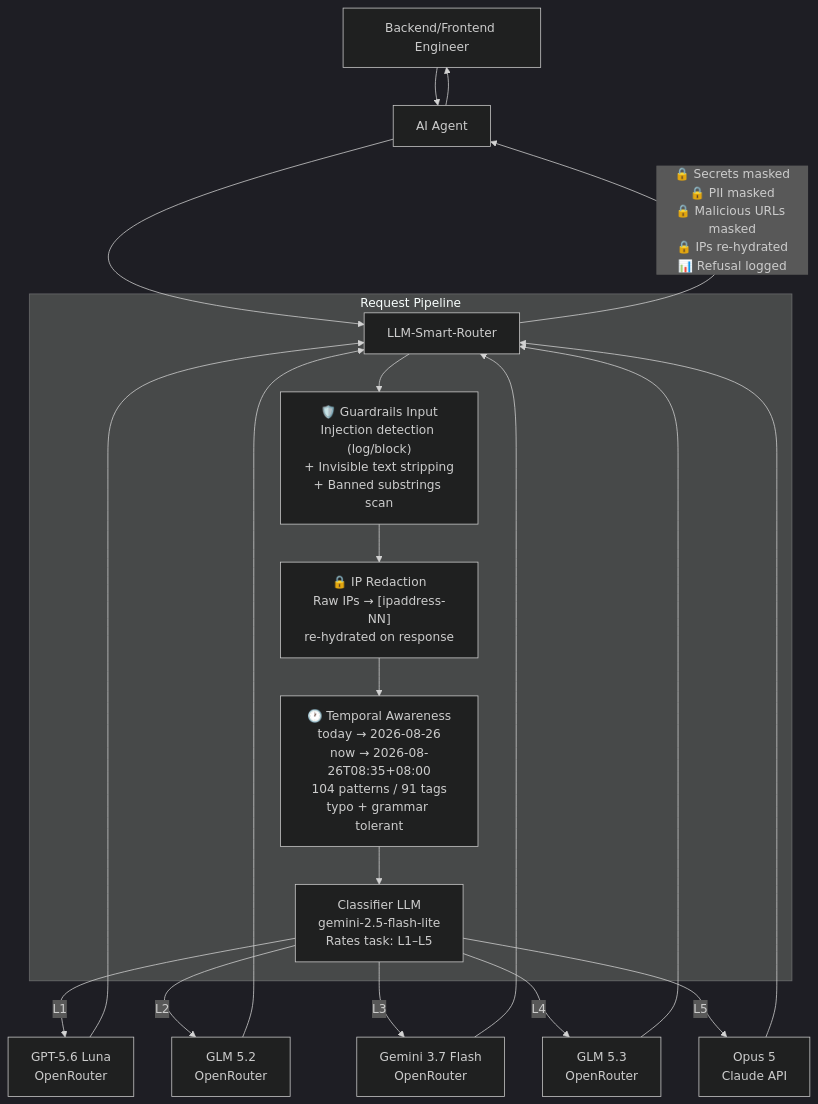
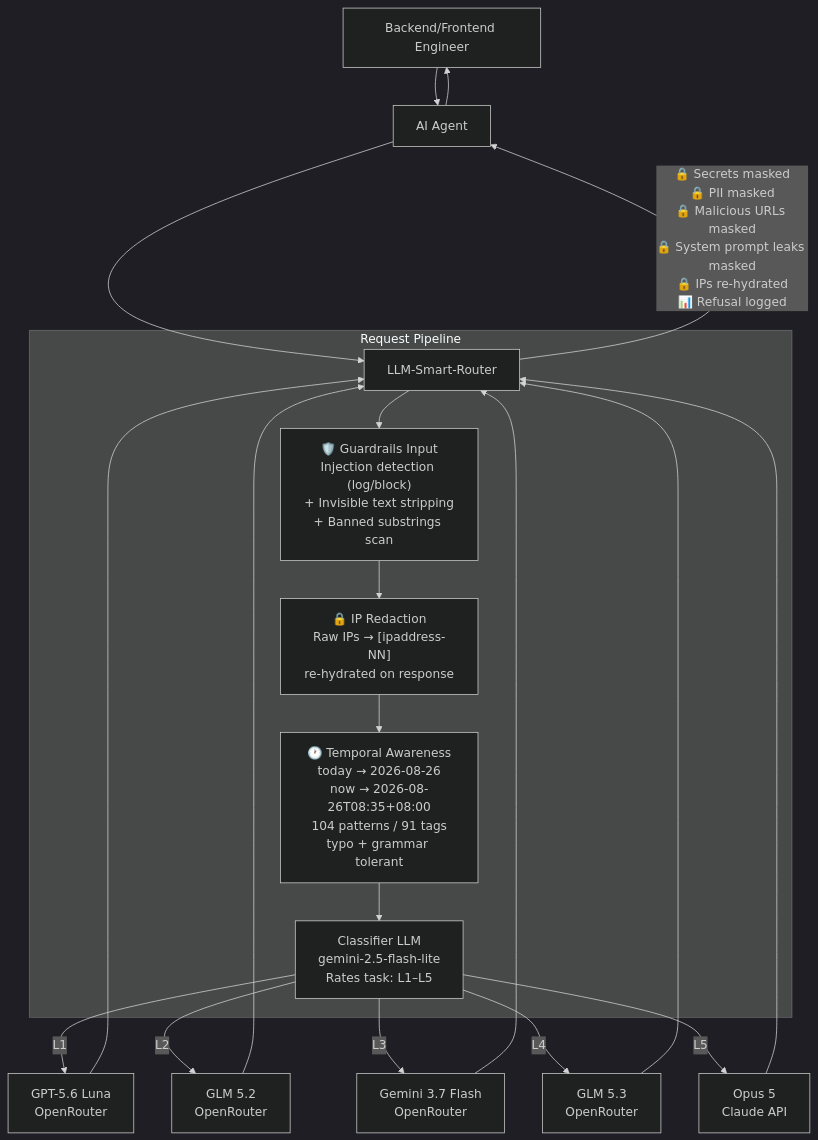
Before and after one commit to Green-Needle-Tech/llm-smart-router: the diagram in README.md, drawn with Mermaid (dark theme). The commit also changed other lines of this file and 1 other file, not shown here.

First line of the commit message:
docs: update README and spec for v2.9.0 — P0 guardrail architecture improvements

````diff
--- a/README.md
+++ b/README.md
@@ -393,27 +427,27 @@
 ```mermaid
 flowchart TD
     A[Backend/Frontend Engineer] --> B[AI Agent]
     B --> C[LLM-Smart-Router]
 
     subgraph Router [Request Pipeline]
         C --> P1["🛡️ Guardrails Input<br/>Injection detection (log/block)<br/>+ Invisible text stripping<br/>+ Banned substrings scan"]
         P1 --> P2["🔒 IP Redaction<br/>Raw IPs → [ipaddress-NN]<br/>re-hydrated on response"]
         P2 --> P2T["🕐 Temporal Awareness<br/>today → 2026-08-26<br/>now → 2026-08-26T08:35+08:00<br/>104 patterns / 91 tags<br/>typo + grammar tolerant"]
         P2T --> D["Classifier LLM<br/>gemini-2.5-flash-lite<br/>Rates task: L1–L5"]
     end
 
     D -->|L1| E[GPT-5.6 Luna<br/>OpenRouter]
     D -->|L2| F[GLM 5.2<br/>OpenRouter]
     D -->|L3| F2[Gemini 3.7 Flash<br/>OpenRouter]
     D -->|L4| F3[GLM 5.3<br/>OpenRouter]
     D -->|L5| H[Opus 5<br/>Claude API]
 
     E --> C
     F --> C
     F2 --> C
     F3 --> C
     H --> C
 
-    C -->|"🔒 Secrets masked<br/>🔒 PII masked<br/>🔒 Malicious URLs masked<br/>🔒 IPs re-hydrated<br/>📊 Refusal logged"| B
+    C -->|"🔒 Secrets masked<br/>🔒 PII masked<br/>🔒 Malicious URLs masked<br/>🔒 System prompt leaks masked<br/>🔒 IPs re-hydrated<br/>📊 Refusal logged"| B
     B --> A
 ```
````
